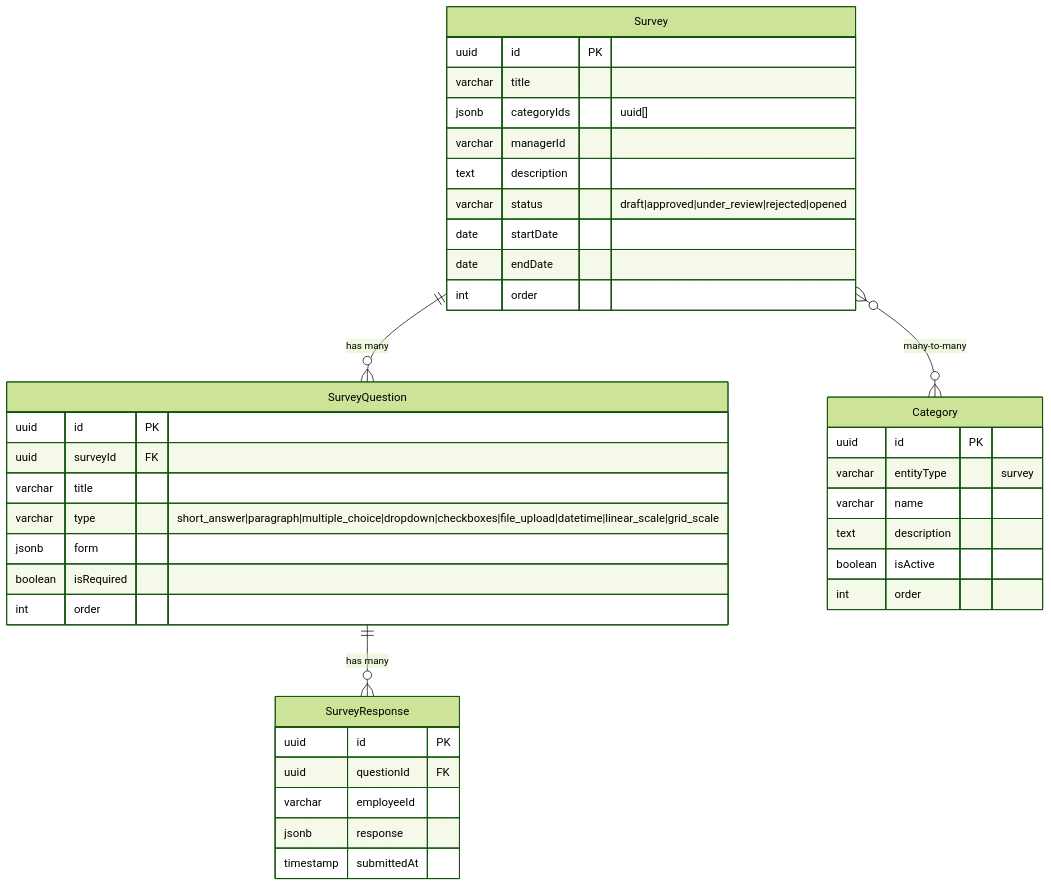
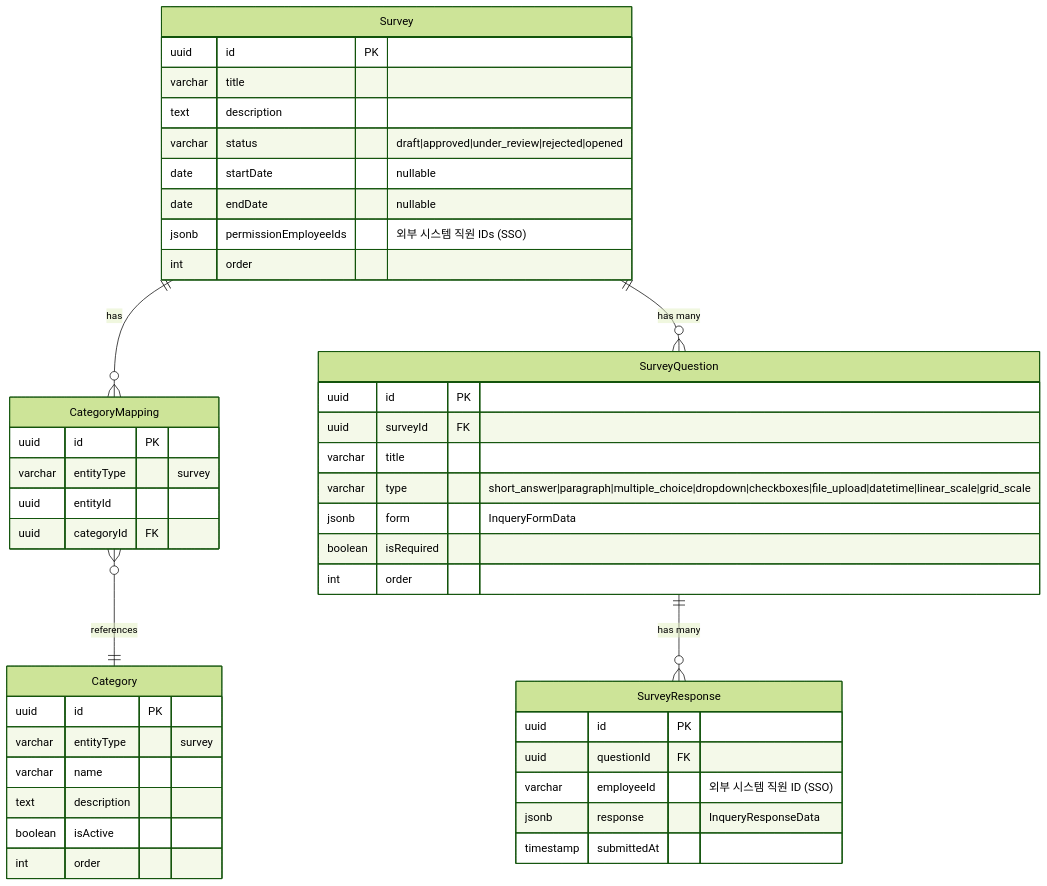
The fifth of 7 diagrams in docs/er-diagram.md (GTD-web/Back_ContentsManagementSystem), drawn with Mermaid (forest theme) before and after one commit. The commit also changed other lines of this file and 1 other file, not shown here.

````diff
--- a/docs/er-diagram.md
+++ b/docs/er-diagram.md
@@ -515,45 +662,52 @@
 ```mermaid
 erDiagram
     Survey {
         uuid id PK
         varchar title
-        jsonb categoryIds "uuid[]"
-        varchar managerId
         text description
         varchar status "draft|approved|under_review|rejected|opened"
-        date startDate
-        date endDate
+        date startDate "nullable"
+        date endDate "nullable"
+        jsonb permissionEmployeeIds "외부 시스템 직원 IDs (SSO)"
         int order
     }
     
     SurveyQuestion {
         uuid id PK
         uuid surveyId FK
         varchar title
         varchar type "short_answer|paragraph|multiple_choice|dropdown|checkboxes|file_upload|datetime|linear_scale|grid_scale"
-        jsonb form
+        jsonb form "InqueryFormData"
         boolean isRequired
         int order
     }
     
     SurveyResponse {
         uuid id PK
         uuid questionId FK
-        varchar employeeId
-        jsonb response
+        varchar employeeId "외부 시스템 직원 ID (SSO)"
+        jsonb response "InqueryResponseData"
         timestamp submittedAt
+    }
+    
+    CategoryMapping {
+        uuid id PK
+        varchar entityType "survey"
+        uuid entityId
+        uuid categoryId FK
     }
     
     Category {
         uuid id PK
         varchar entityType "survey"
         varchar name
         text description
         boolean isActive
         int order
     }
     
-    Survey }o--o{ Category : "many-to-many"
+    Survey ||--o{ CategoryMapping : "has"
+    CategoryMapping }o--|| Category : "references"
     Survey ||--o{ SurveyQuestion : "has many"
     SurveyQuestion ||--o{ SurveyResponse : "has many"
 ```
````
